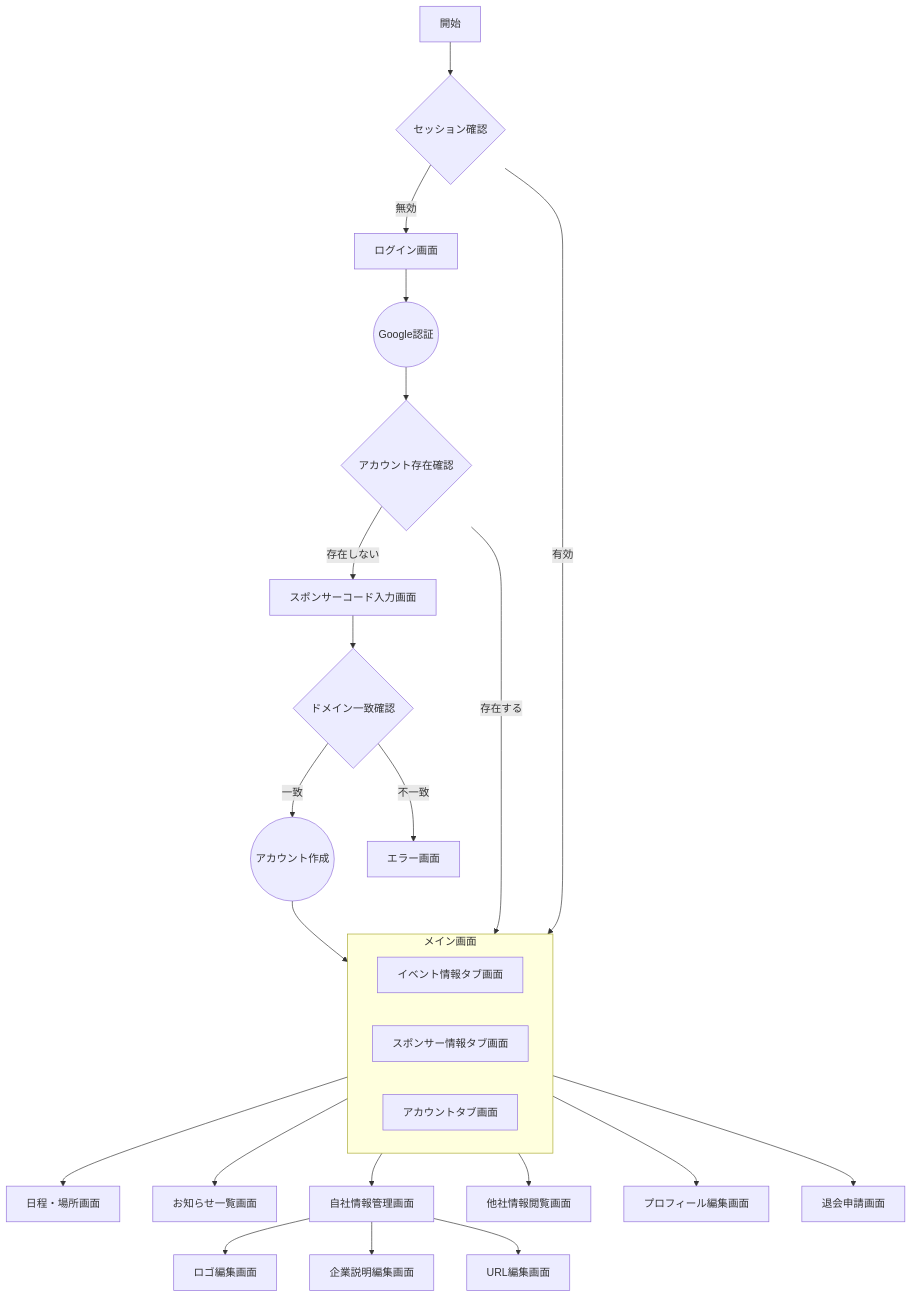
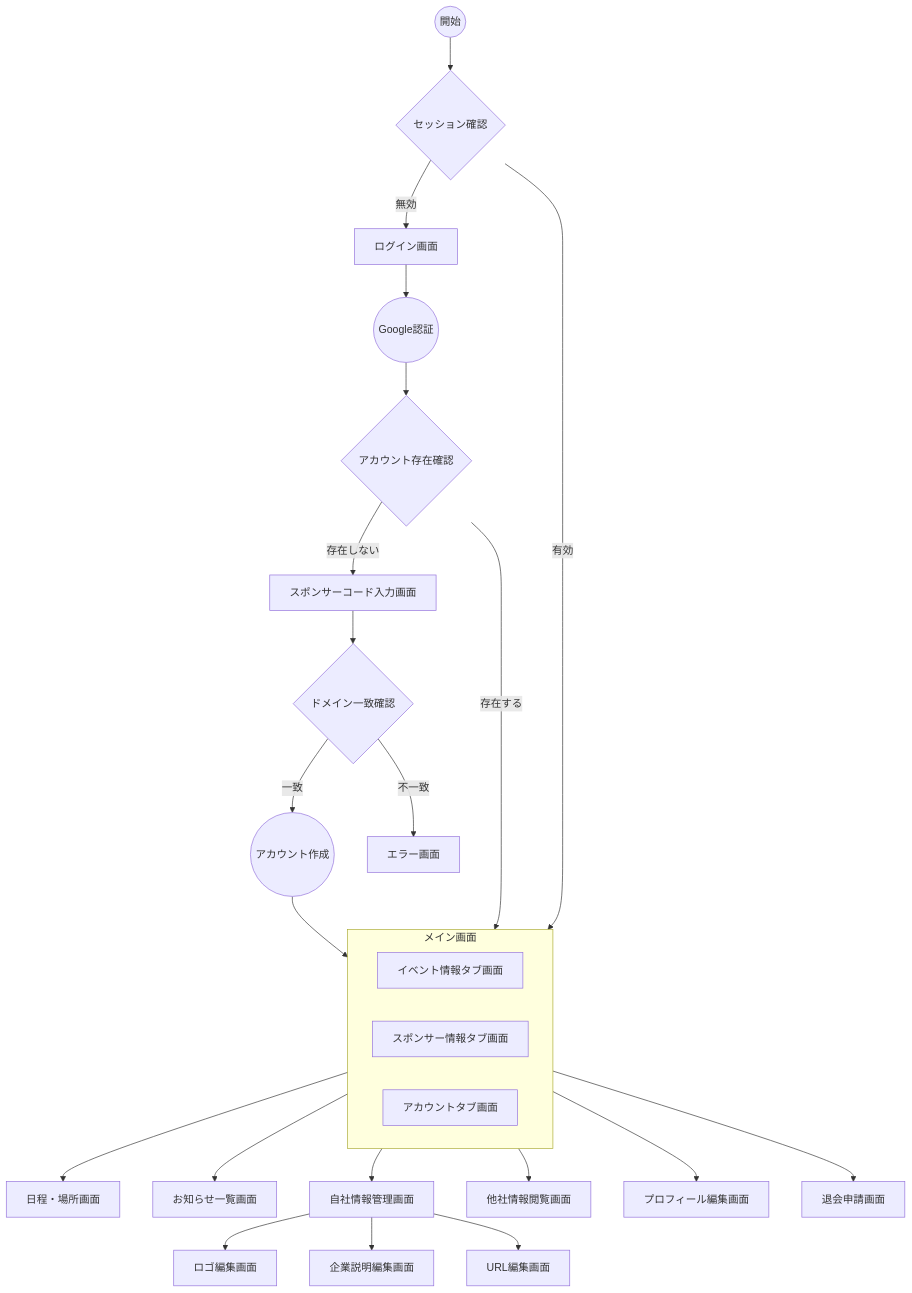
One commit to FlutterKaigi/2025 changed the diagram in docs/dashboard/SCREENS.md. Above: the diagram before and after it, drawn with Mermaid.

Commit message:
docs: 画面遷移図の開始ノードを丸い形に修正

````diff
--- a/docs/dashboard/SCREENS.md
+++ b/docs/dashboard/SCREENS.md
@@ -54,39 +54,39 @@
 ```mermaid
 flowchart TD
-    Start[開始] --> SessionCheck{セッション確認}
+    Start((開始)) --> SessionCheck{セッション確認}
     SessionCheck --> |有効| EventInfo[イベント情報タブ画面]
     SessionCheck --> |無効| Login[ログイン画面]
     
     %% 認証フロー
     Login --> GoogleAuth((Google認証))
     GoogleAuth --> AccountCheck{アカウント存在確認}
     AccountCheck --> |存在する| EventInfo[イベント情報タブ画面]
     AccountCheck --> |存在しない| SponsorCode[スポンサーコード入力画面]
     
     %% 新規登録フロー
     SponsorCode --> DomainCheck{ドメイン一致確認}
     DomainCheck --> |一致| CreateAccount((アカウント作成))
     DomainCheck --> |不一致| RegisterError[エラー画面]
     CreateAccount --> EventInfo
     
     %% メイン画面のタブ構成
     subgraph Main[メイン画面]
       direction LR
       EventInfo[イベント情報タブ画面]
       SponsorInfo[スポンサー情報タブ画面]
       Account[アカウントタブ画面]
     end
 
     EventInfo --> Schedule[日程・場所画面]
     EventInfo --> News[お知らせ一覧画面]
     
     SponsorInfo --> OwnInfo[自社情報管理画面]
     SponsorInfo --> OtherInfo[他社情報閲覧画面]
     
     OwnInfo --> LogoEdit[ロゴ編集画面]
     OwnInfo --> DescEdit[企業説明編集画面]
     OwnInfo --> URLEdit[URL編集画面]
     
     Account --> Profile[プロフィール編集画面]
     Account --> Withdrawal[退会申請画面]
 ```
````
